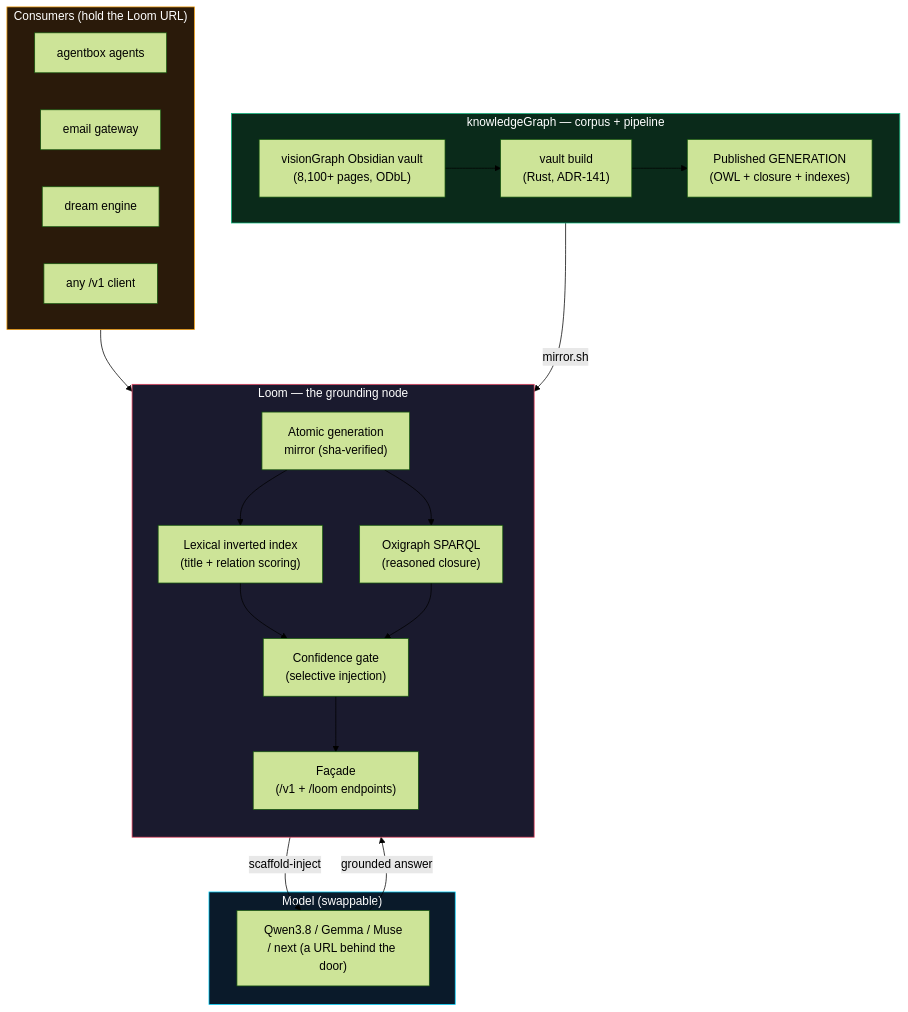
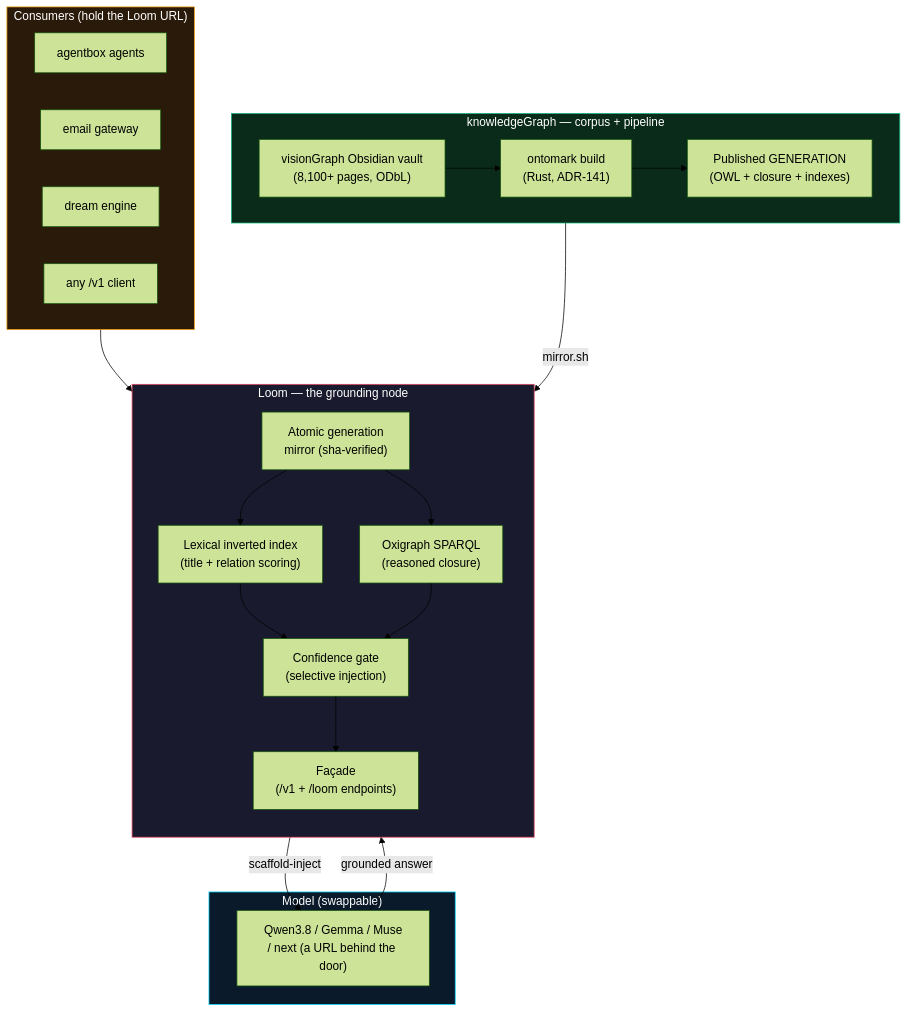
The diagram in README.md (DreamLab-AI/loom), drawn with Mermaid (forest theme) before and after one commit. The commit also changed other lines of this file and 29 other files, not shown here.

````diff
--- a/README.md
+++ b/README.md
@@ -364,42 +364,42 @@
 ```mermaid
 flowchart TB
     subgraph KG["knowledgeGraph — corpus + pipeline"]
         direction LR
         VAULT["visionGraph Obsidian vault\n(8,100+ pages, ODbL)"]
-        PIPE["vault build\n(Rust, ADR-141)"]
+        PIPE["ontomark build\n(Rust, ADR-141)"]
         GEN["Published GENERATION\n(OWL + closure + indexes)"]
         VAULT --> PIPE --> GEN
     end
 
     subgraph LOOM["Loom — the grounding node"]
         direction TB
         MIRROR["Atomic generation\nmirror (sha-verified)"]
         LEX["Lexical inverted index\n(title + relation scoring)"]
         OX["Oxigraph SPARQL\n(reasoned closure)"]
         CONF["Confidence gate\n(selective injection)"]
         FAC["Façade\n(/v1 + /loom endpoints)"]
         MIRROR --> LEX & OX
         LEX & OX --> CONF --> FAC
     end
 
     subgraph MODEL["Model (swappable)"]
         LLM["Qwen3.8 / Gemma / Muse\n/ next (a URL behind the door)"]
     end
 
     subgraph CONSUMERS["Consumers (hold the Loom URL)"]
         AB["agentbox agents"]
         EMAIL["email gateway"]
         DREAM["dream engine"]
         ANY["any /v1 client"]
     end
 
     GEN -->|"mirror.sh"| MIRROR
     FAC -->|"scaffold-inject"| LLM
     LLM -->|"grounded answer"| FAC
     CONSUMERS --> FAC
 
     style KG fill:#0a2a1a,stroke:#10b981,color:#fff
     style LOOM fill:#1a1a2e,stroke:#e94560,color:#fff
     style MODEL fill:#0a1a2a,stroke:#00d4ff,color:#fff
     style CONSUMERS fill:#2a1a0a,stroke:#f59e0b,color:#fff
 ```
````
